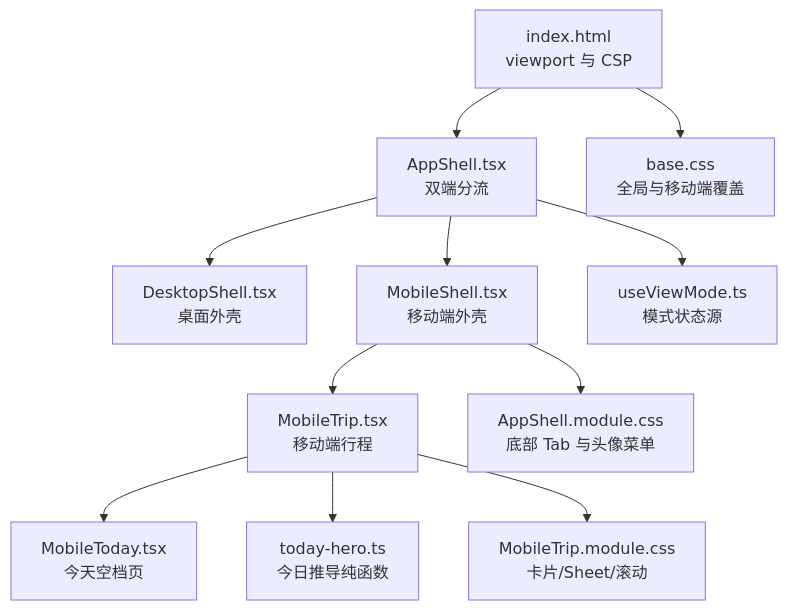
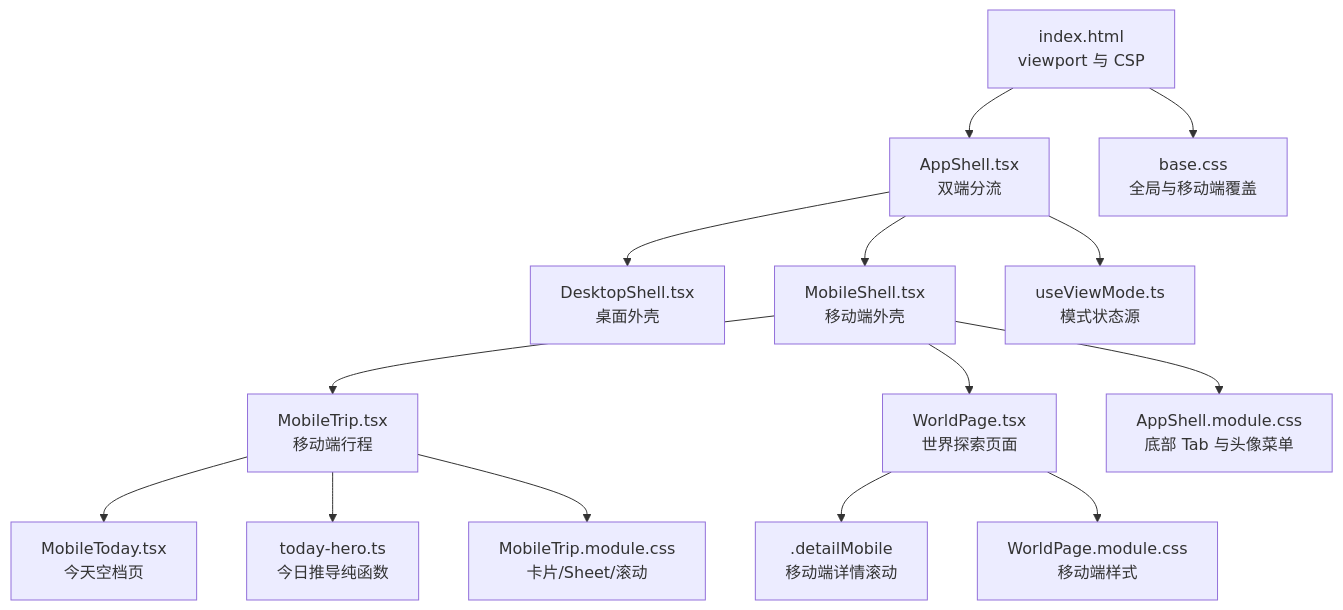
Before and after one commit to huangyilu/wanwuyishi: the first of 8 diagrams in .qoder/repowiki/zh/content/用户界面组件/移动端优化.md, drawn with Mermaid. The commit also changed other lines of this file and 23 other files, not shown here.

````diff
--- a/.qoder/repowiki/zh/content/用户界面组件/移动端优化.md
+++ b/.qoder/repowiki/zh/content/用户界面组件/移动端优化.md
@@ -46,13 +58,16 @@
 ```mermaid
 graph TB
 A["index.html<br/>viewport 与 CSP"] --> B["AppShell.tsx<br/>双端分流"]
 B --> C["DesktopShell.tsx<br/>桌面外壳"]
 B --> D["MobileShell.tsx<br/>移动端外壳"]
 D --> E["MobileTrip.tsx<br/>移动端行程"]
 E --> F["MobileToday.tsx<br/>今天空档页"]
-B --> G["useViewMode.ts<br/>模式状态源"]
-E --> H["today-hero.ts<br/>今日推导纯函数"]
-D --> I["AppShell.module.css<br/>底部 Tab 与头像菜单"]
-E --> J["MobileTrip.module.css<br/>卡片/Sheet/滚动"]
-A --> K["base.css<br/>全局与移动端覆盖"]
+D --> G["WorldPage.tsx<br/>世界探索页面"]
+G --> H[".detailMobile<br/>移动端详情滚动"]
+B --> I["useViewMode.ts<br/>模式状态源"]
+E --> J["today-hero.ts<br/>今日推导纯函数"]
+D --> K["AppShell.module.css<br/>底部 Tab 与头像菜单"]
+E --> L["MobileTrip.module.css<br/>卡片/Sheet/滚动"]
+G --> M["WorldPage.module.css<br/>移动端样式"]
+A --> N["base.css<br/>全局与移动端覆盖"]
 ```
````
